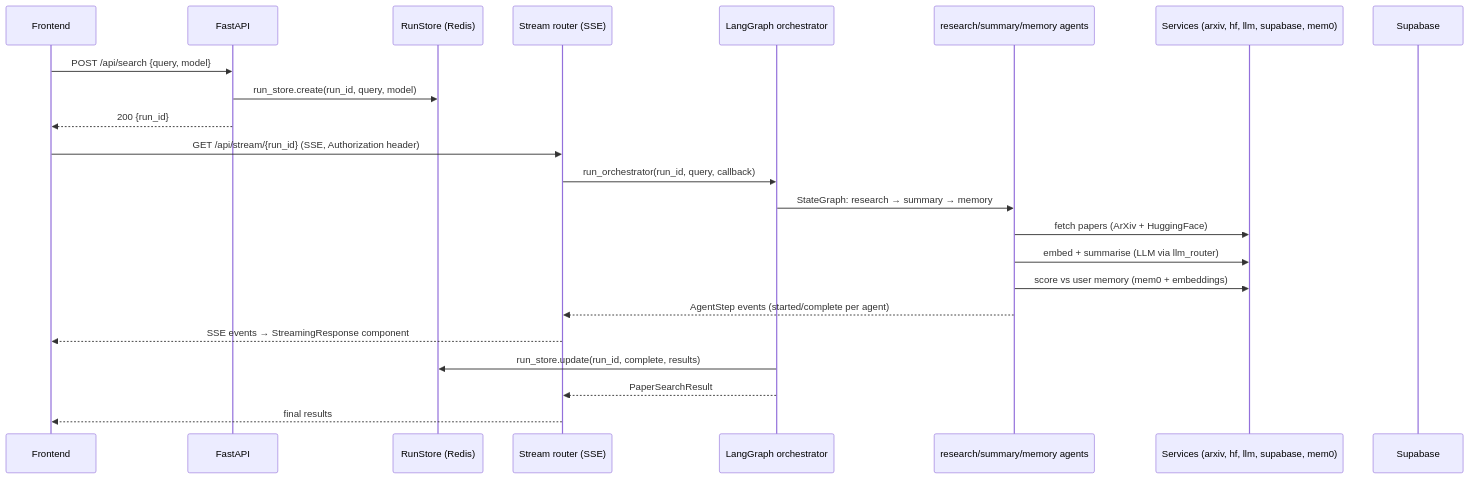
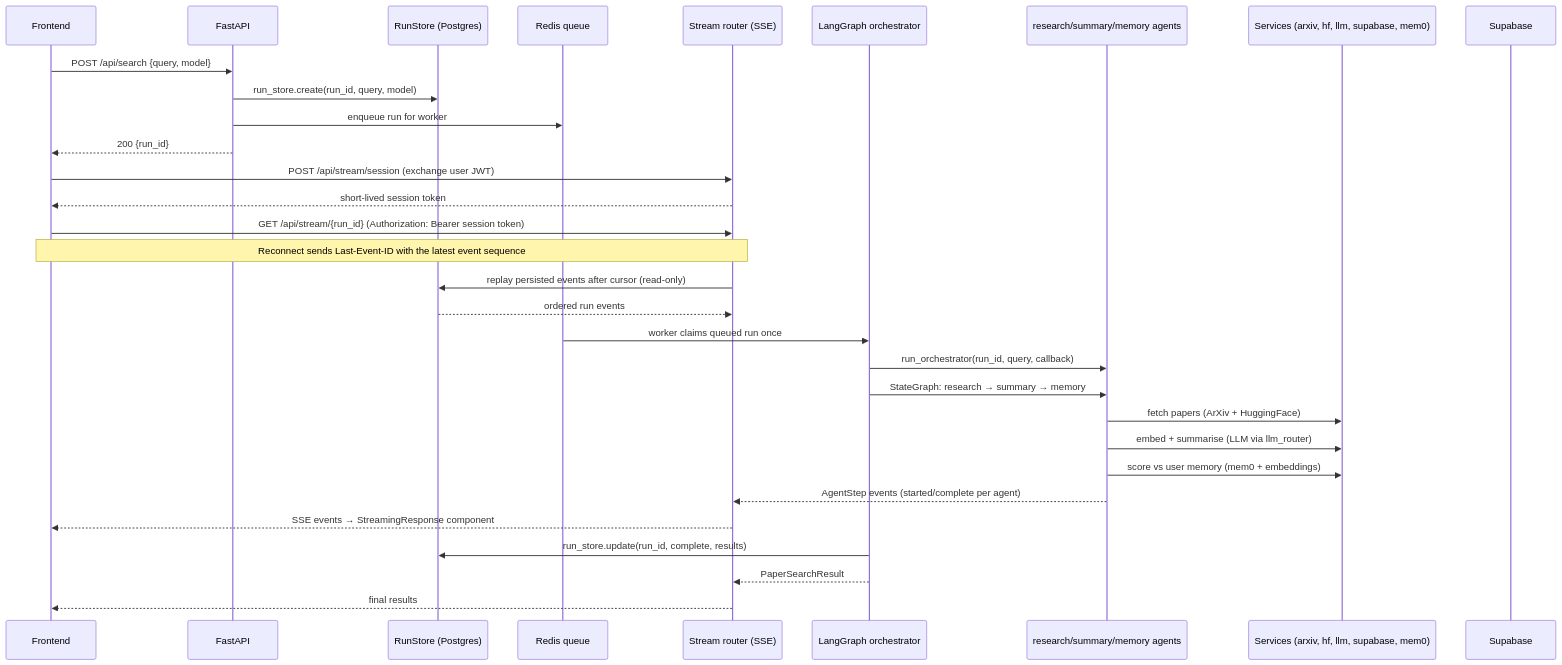
The first of 5 diagrams in docs/FLOW.md (mahirmlk/Zenith), drawn with Mermaid before and after one commit. The commit also changed other lines of this file and 155 other files, not shown here.

````diff
--- a/docs/FLOW.md
+++ b/docs/FLOW.md
@@ -51,27 +51,35 @@
 ```mermaid
 sequenceDiagram
     participant UI as Frontend
     participant API as FastAPI
-    participant RS as RunStore (Redis)
+    participant RS as RunStore (Postgres)
+    participant Q as Redis queue
     participant ST as Stream router (SSE)
     participant OR as LangGraph orchestrator
     participant AG as research/summary/memory agents
     participant SVC as Services (arxiv, hf, llm, supabase, mem0)
     participant DB as Supabase
 
     UI->>API: POST /api/search {query, model}
     API->>RS: run_store.create(run_id, query, model)
+    API->>Q: enqueue run for worker
     API-->>UI: 200 {run_id}
 
-    UI->>ST: GET /api/stream/{run_id} (SSE, Authorization header)
-    ST->>OR: run_orchestrator(run_id, query, callback)
+    UI->>ST: POST /api/stream/session (exchange user JWT)
+    ST-->>UI: short-lived session token
+    UI->>ST: GET /api/stream/{run_id} (Authorization: Bearer session token)
+    Note over UI,ST: Reconnect sends Last-Event-ID with the latest event sequence
+    ST->>RS: replay persisted events after cursor (read-only)
+    RS-->>ST: ordered run events
+    Q->>OR: worker claims queued run once
+    OR->>AG: run_orchestrator(run_id, query, callback)
     OR->>AG: StateGraph: research → summary → memory
     AG->>SVC: fetch papers (ArXiv + HuggingFace)
     AG->>SVC: embed + summarise (LLM via llm_router)
     AG->>SVC: score vs user memory (mem0 + embeddings)
     AG-->>ST: AgentStep events (started/complete per agent)
     ST-->>UI: SSE events → StreamingResponse component
     OR->>RS: run_store.update(run_id, complete, results)
     OR-->>ST: PaperSearchResult
     ST-->>UI: final results
 ```
````
